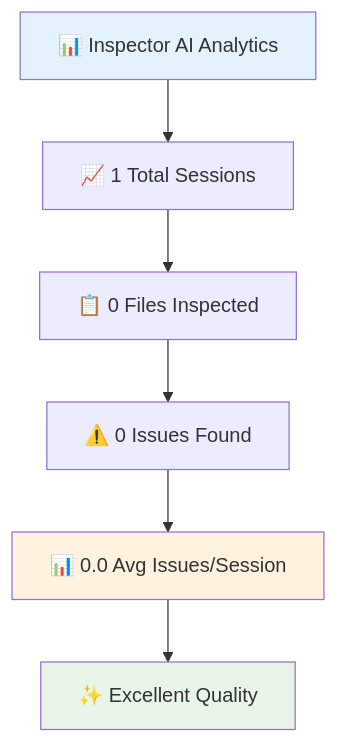
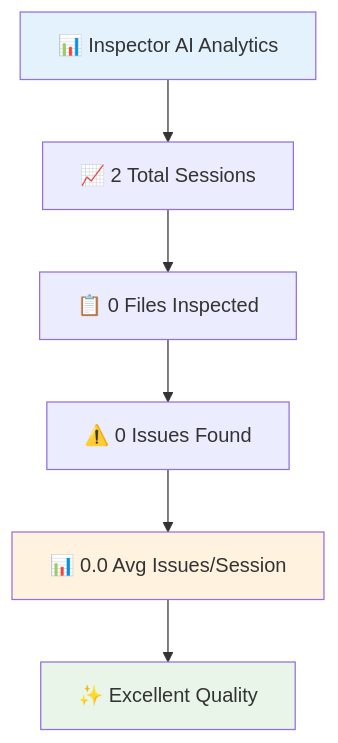
The diagram in logs/inspector-evidence/inspector-mermaid-history.md (muumuu8181/ai-auto-generator), drawn with Mermaid before and after one commit. The commit also changed other lines of this file and 51 other files, not shown here.

````diff
--- a/logs/inspector-evidence/inspector-mermaid-history.md
+++ b/logs/inspector-evidence/inspector-mermaid-history.md
@@ -8,13 +8,13 @@
 ```mermaid
 graph TD
-    A[📊 Inspector AI Analytics] --> B[📈 1 Total Sessions]
+    A[📊 Inspector AI Analytics] --> B[📈 2 Total Sessions]
     B --> C[📋 0 Files Inspected]
     C --> D[⚠️ 0 Issues Found]
     D --> E[📊 0.0 Avg Issues/Session]
     
     E --> G[✨ Excellent Quality]
     
     style A fill:#e3f2fd
     style E fill:#fff3e0
     style G fill:#e8f5e8
 ```
````
